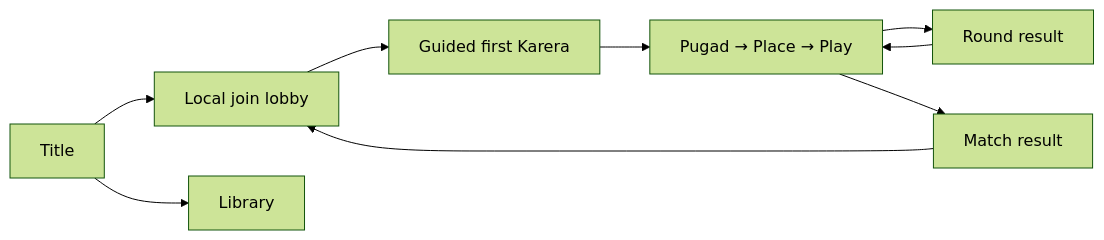
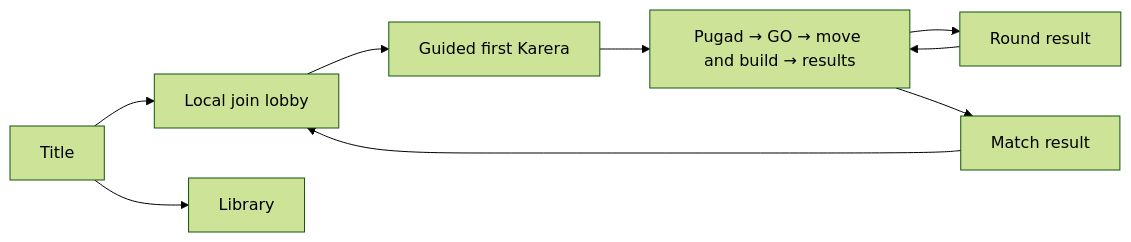
The diagram in docs/UI_TUTORIAL.md (HoplyXD/Tilaok), drawn with Mermaid (forest theme) before and after one commit. The commit also changed other lines of this file and 429 other files, not shown here.

````diff
--- a/docs/UI_TUTORIAL.md
+++ b/docs/UI_TUTORIAL.md
@@ -17,11 +15,11 @@
 ```mermaid
 flowchart LR
   Title[Title] --> Lobby[Local join lobby]
   Title --> Library[Library]
   Lobby --> Tutorial[Guided first Karera]
-  Tutorial --> Match[Pugad → Place → Play]
+  Tutorial --> Match[Pugad → GO → move and build → results]
   Match --> Round[Round result]
   Round --> Match
   Match --> Results[Match result]
   Results --> Lobby
 ```
````
